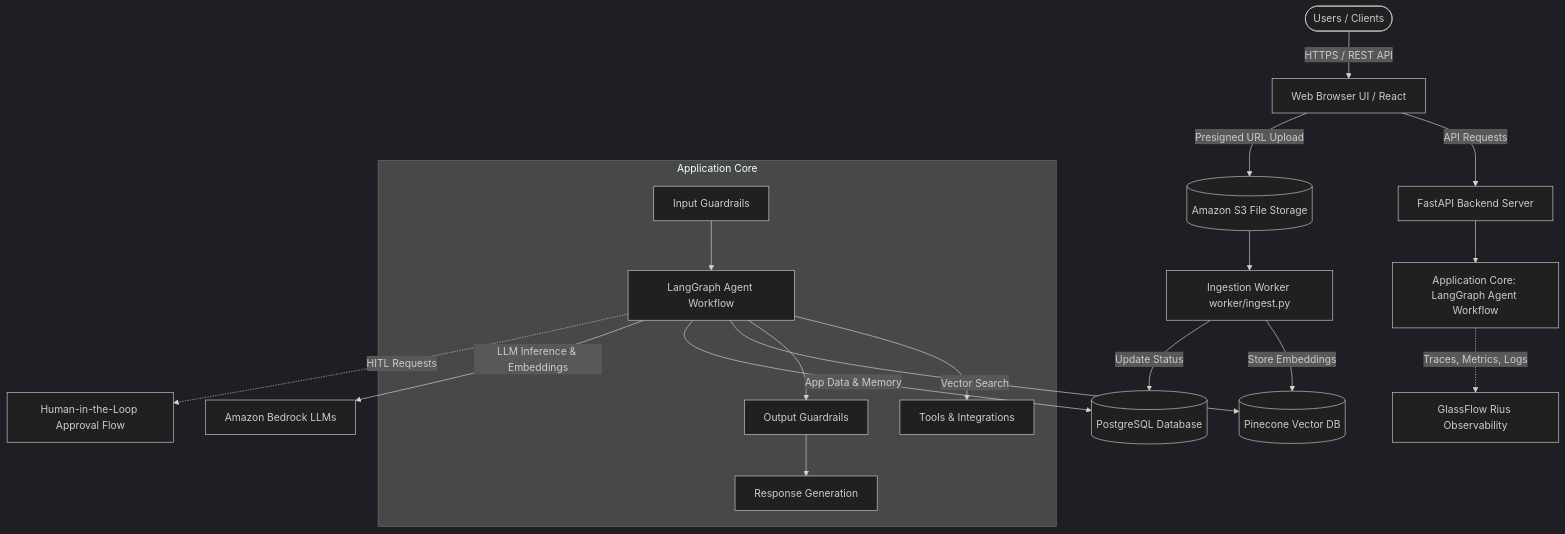
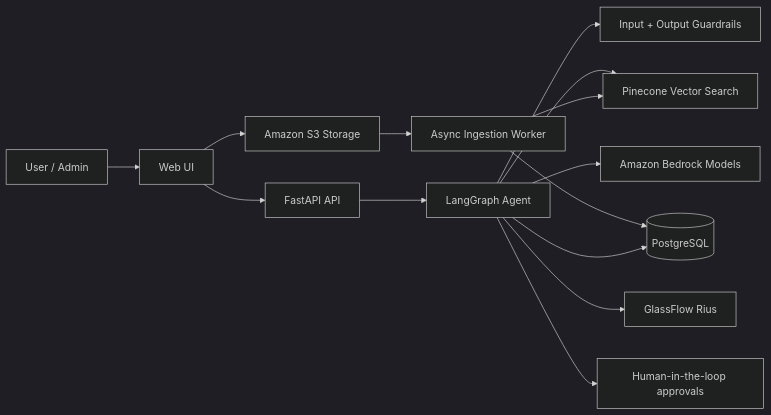
One commit to nimashaklaa/enterprise-ai changed the diagram in README.md. Above: the diagram before and after it, drawn with Mermaid (dark theme). The commit also changed other lines of this file, not shown here.

````diff
--- a/README.md
+++ b/README.md
@@ -11,32 +52,16 @@
 ```mermaid
-graph TD
-    %% Users & Frontend
-    User([Users / Clients]) -->|HTTPS / REST API| Frontend[Web Browser UI / React]
-
-    %% Backend & Core
-    Frontend -->|API Requests| FastAPI[FastAPI Backend Server]
-    FastAPI --> LangGraph[Application Core: LangGraph Agent Workflow]
-
-    %% LangGraph Sub-pipeline
-    subgraph LangGraph Core [Application Core]
-        InputG[Input Guardrails] --> Agent[LangGraph Agent Workflow]
-        Agent --> Tools[Tools & Integrations]
-        Agent --> OutputG[Output Guardrails]
-        OutputG --> Response[Response Generation]
-    end
-
-    %% Storage & Databases & Services
-    Frontend -->|Presigned URL Upload| S3[(Amazon S3 File Storage)]
-    S3 --> IngestionWorker[Ingestion Worker worker/ingest.py]
-    IngestionWorker -->|Store Embeddings| Pinecone[(Pinecone Vector DB)]
-    IngestionWorker -->|Update Status| Postgres[(PostgreSQL Database)]
-    
-    Agent -->|Vector Search| Pinecone
-    Agent -->|App Data & Memory| Postgres
-    Agent -->|LLM Inference & Embeddings| Bedrock[Amazon Bedrock LLMs]
-
-    %% Observability & HITL
-    LangGraph -.->|Traces, Metrics, Logs| Rius[GlassFlow Rius Observability]
-    Agent -.->|HITL Requests| HITL[Human-in-the-Loop Approval Flow]
-
+flowchart LR
+    User[User / Admin] --> UI[Web UI]
+    UI --> API[FastAPI API]
+    API --> Agent[LangGraph Agent]
+    Agent --> Guardrails[Input + Output Guardrails]
+    Agent --> Vector[Pinecone Vector Search]
+    Agent --> Bedrock[Amazon Bedrock Models]
+    UI --> S3[Amazon S3 Storage]
+    S3 --> Worker[Async Ingestion Worker]
+    Worker --> Vector
+    Worker --> Postgres[(PostgreSQL)]
+    Agent --> Postgres
+    Agent --> Rius[GlassFlow Rius]
+    Agent --> Approval[Human-in-the-loop approvals]
 ```
````
